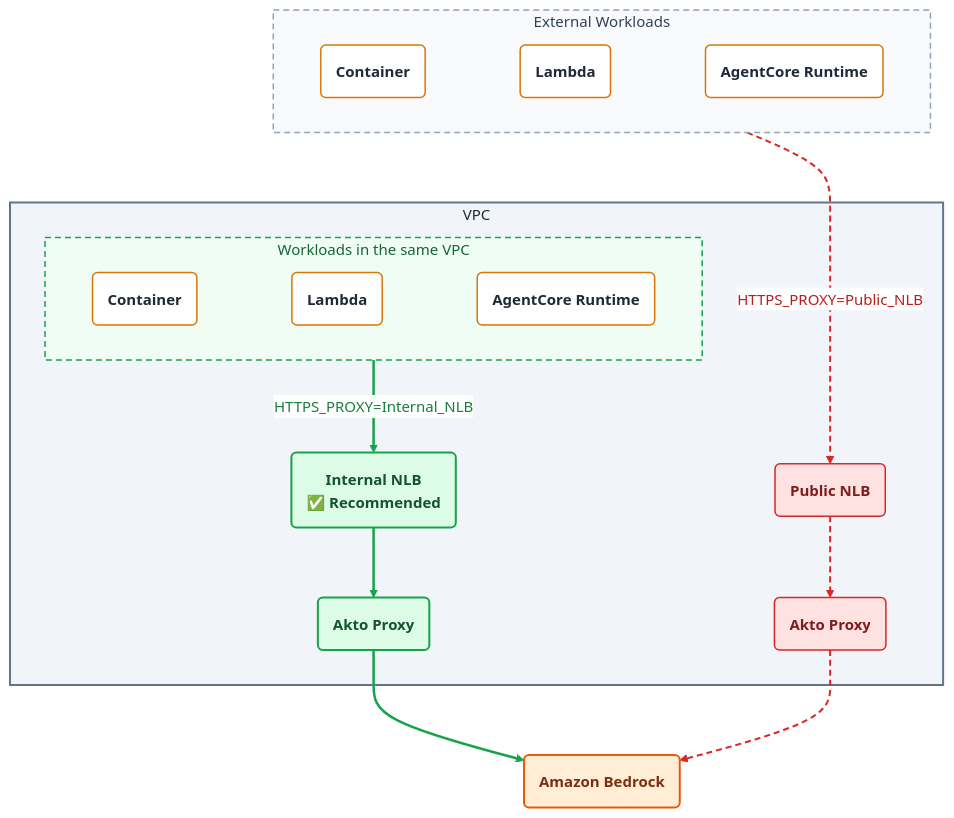
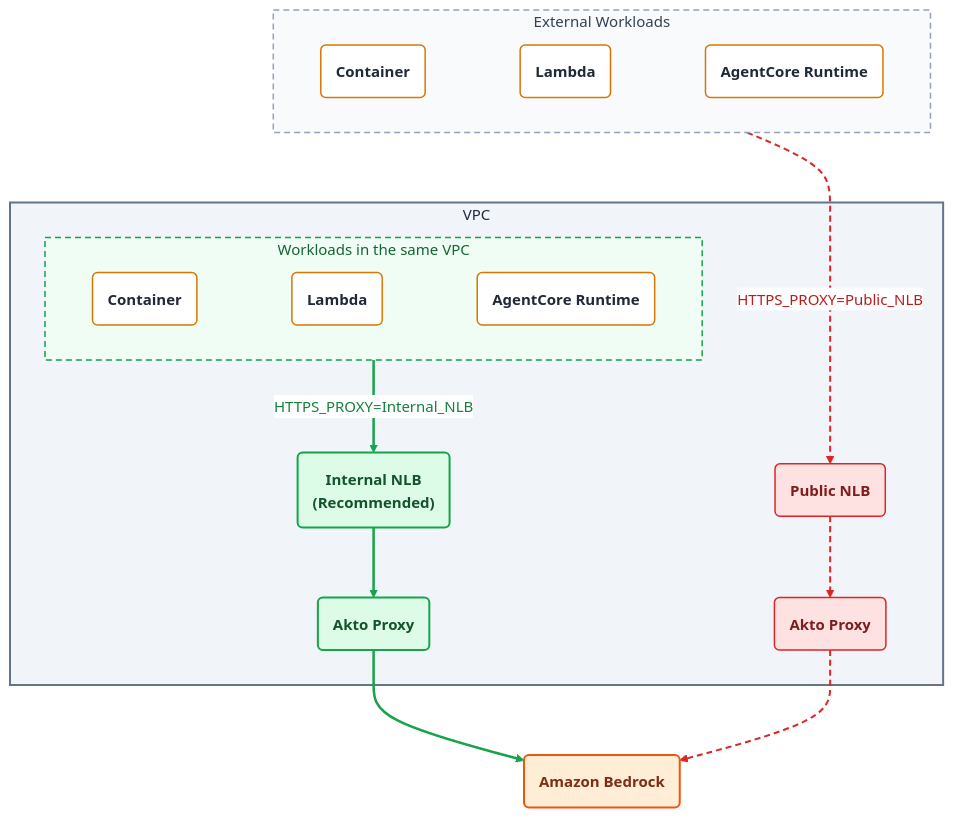
One commit to akto-api-security/Documentation changed the second of 2 diagrams in akto-argus-agentic-ai-security-for-homegrown-ai/connectors/others/aws-services/connect-akto-with-aws-lambda.md. Above: the diagram before and after it, drawn with Mermaid.

Commit message:
more changes

````diff
--- a/akto-argus-agentic-ai-security-for-homegrown-ai/connectors/others/aws-services/connect-akto-with-aws-lambda.md
+++ b/akto-argus-agentic-ai-security-for-homegrown-ai/connectors/others/aws-services/connect-akto-with-aws-lambda.md
@@ -86,46 +86,46 @@
 ```mermaid
 %%{init: {"flowchart": {"curve": "basis", "nodeSpacing": 50, "rankSpacing": 70}, "themeVariables": {"fontSize": "15px", "edgeLabelBackground": "#ffffff"}}}%%
 flowchart TB
     subgraph EXT["External Workloads"]
         direction LR
         C2("Container") ~~~ L2("Lambda") ~~~ R2("AgentCore Runtime")
     end
 
     subgraph VPC["VPC"]
         subgraph APPS["Workloads in the same VPC"]
             direction LR
             C1("Container") ~~~ L1("Lambda") ~~~ R1("AgentCore Runtime")
         end
-        INLB("Internal NLB<br/>✅ Recommended")
+        INLB("Internal NLB<br/>(Recommended)")
         P1("Akto Proxy")
         PNLB("Public NLB")
         P2("Akto Proxy")
     end
 
     B("Amazon Bedrock")
 
     EXT ~~~ APPS
     APPS -->|"<span style='color:#15803d'>HTTPS_PROXY=Internal_NLB</span>"| INLB
     EXT -->|"<span style='color:#b91c1c'>HTTPS_PROXY=Public_NLB</span>"| PNLB
     INLB --> P1
     PNLB --> P2
     P1 --> B
     P2 --> B
 
     classDef workload fill:#ffffff,stroke:#d97706,stroke-width:1.5px,color:#1f2937,font-weight:bold
     classDef rec fill:#dcfce7,stroke:#16a34a,stroke-width:2px,color:#14532d,font-weight:bold
     classDef pub fill:#fee2e2,stroke:#dc2626,stroke-width:1.5px,color:#7f1d1d,font-weight:bold
     classDef dest fill:#ffedd5,stroke:#ea580c,stroke-width:2px,color:#7c2d12,font-weight:bold
     class C1,L1,R1,C2,L2,R2 workload
     class INLB,P1 rec
     class PNLB,P2 pub
     class B dest
 
     style EXT fill:#f8fafc,stroke:#94a3b8,stroke-width:1.5px,stroke-dasharray:6 4,color:#334155
     style VPC fill:#f1f5f9,stroke:#64748b,stroke-width:2px,color:#1e293b
     style APPS fill:#f0fdf4,stroke:#16a34a,stroke-width:1.5px,stroke-dasharray:6 4,color:#166534
 
     linkStyle 0,1,2,3,4 stroke:transparent,stroke-width:0px
     linkStyle 5,7,9 stroke:#16a34a,stroke-width:2.5px
     linkStyle 6,8,10 stroke:#dc2626,stroke-width:2px,stroke-dasharray:6 4
 ```
````
